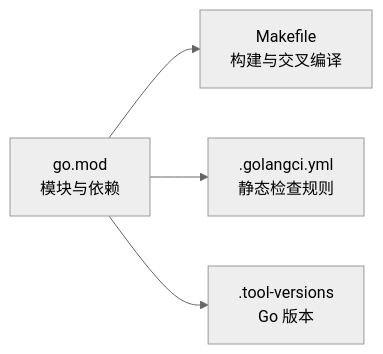
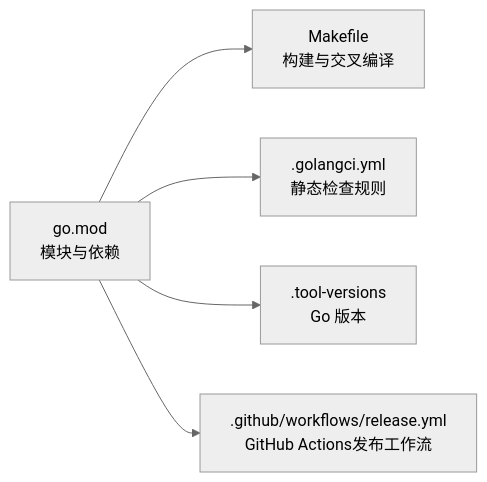
The sixth of 7 diagrams in .qoder/repowiki/zh/content/部署与运维.md (zwh8800/cdnd), drawn with Mermaid (neutral theme) before and after one commit. The commit also changed other lines of this file and 11 other files, not shown here.

````diff
--- a/.qoder/repowiki/zh/content/部署与运维.md
+++ b/.qoder/repowiki/zh/content/部署与运维.md
@@ -250,6 +272,7 @@
 ```mermaid
 graph LR
 M["go.mod<br/>模块与依赖"] --> T["Makefile<br/>构建与交叉编译"]
 M --> Q[".golangci.yml<br/>静态检查规则"]
 M --> TV[".tool-versions<br/>Go 版本"]
+M --> WA[".github/workflows/release.yml<br/>GitHub Actions发布工作流"]
 ```
````
